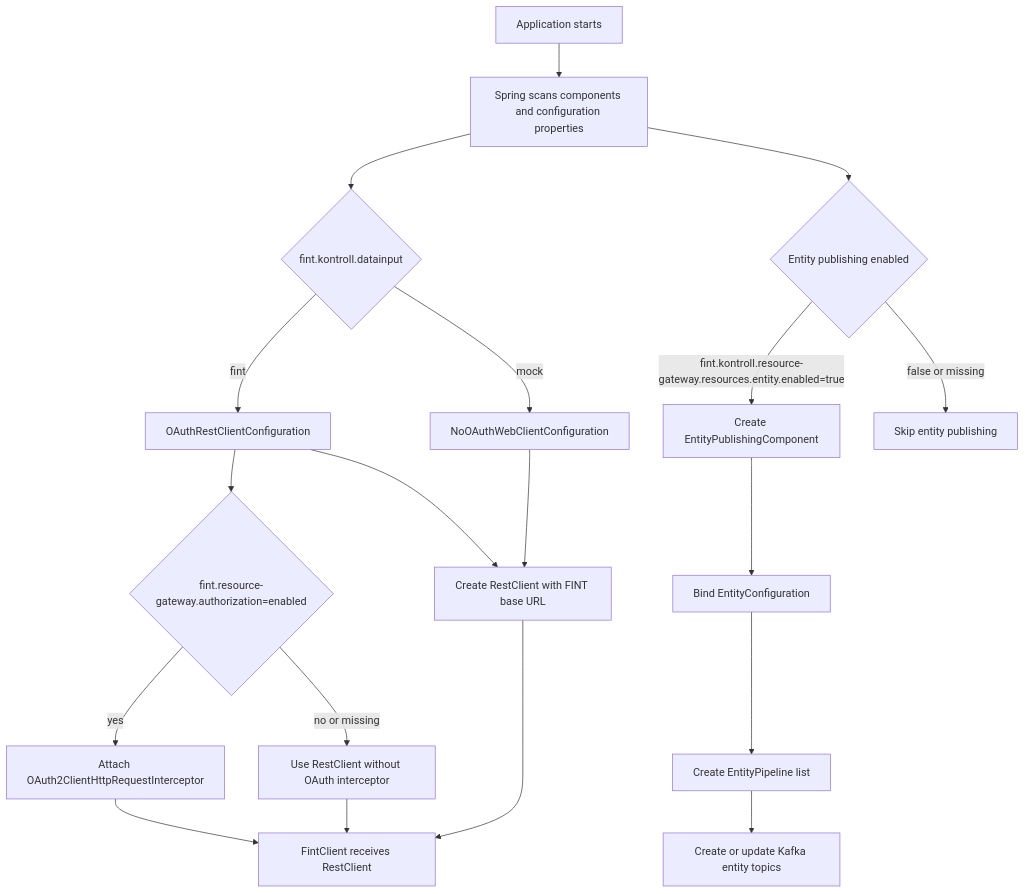
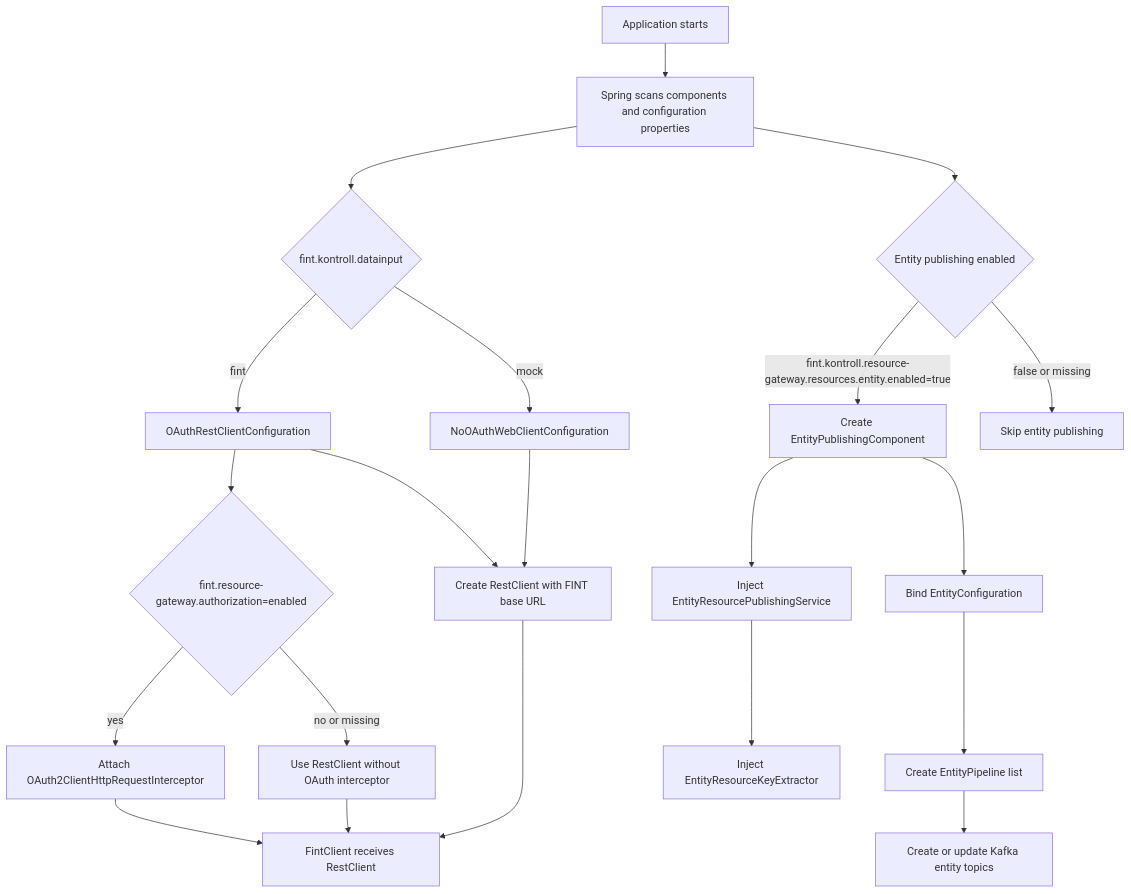
The first of 3 diagrams in README.md (FINTLabs/fint-kontroll-fint-gateway), drawn with Mermaid before and after one commit. The commit also changed other lines of this file and 2 other files, not shown here.

````diff
--- a/README.md
+++ b/README.md
@@ -29,27 +31,29 @@
 ```mermaid
 flowchart TD
     A[Application starts] --> B[Spring scans components and configuration properties]
     B --> C{fint.kontroll.datainput}
 
     C -->|fint| D[OAuthRestClientConfiguration]
     C -->|mock| E[NoOAuthWebClientConfiguration]
 
     D --> F[Create RestClient with FINT base URL]
     E --> F
 
     D --> G{fint.resource-gateway.authorization=enabled}
     G -->|yes| H[Attach OAuth2ClientHttpRequestInterceptor]
     G -->|no or missing| I[Use RestClient without OAuth interceptor]
 
     H --> J[FintClient receives RestClient]
     I --> J
     F --> J
 
     B --> K{Entity publishing enabled}
     K -->|fint.kontroll.resource-gateway.resources.entity.enabled=true| L[Create EntityPublishingComponent]
     K -->|false or missing| M[Skip entity publishing]
 
     L --> N[Bind EntityConfiguration]
     N --> O[Create EntityPipeline list]
     O --> P[Create or update Kafka entity topics]
+    L --> Q[Inject EntityResourcePublishingService]
+    Q --> R[Inject EntityResourceKeyExtractor]
 ```
````
